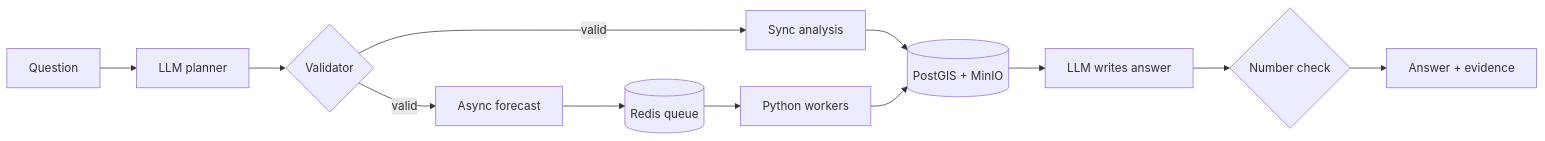
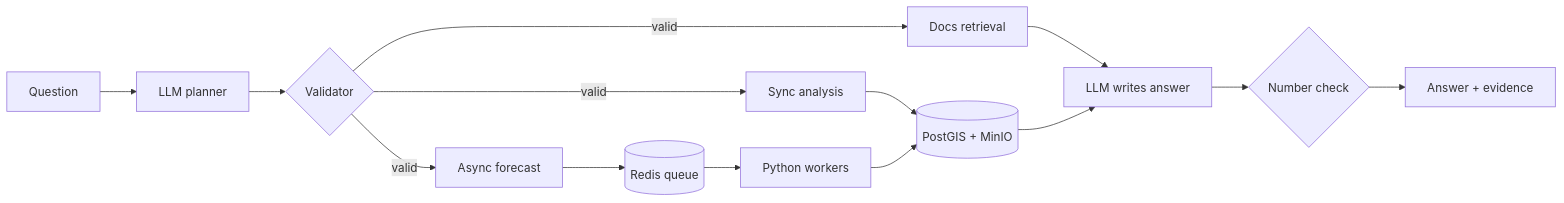
The diagram in README.md (khoahonguyen0210/Earth_intelligence), drawn with Mermaid before and after one commit. The commit also changed other lines of this file and 31 other files, not shown here.

````diff
--- a/README.md
+++ b/README.md
@@ -54,13 +54,15 @@
 ```mermaid
 flowchart LR
     Q[Question] --> P[LLM planner]
     P --> V{Validator}
     V -->|valid| S[Sync analysis]
     V -->|valid| F[Async forecast]
     F --> R[(Redis queue)] --> W[Python workers]
+    V -->|valid| K[Docs retrieval]
     S --> D[(PostGIS + MinIO)]
     W --> D
+    K --> L
     D --> L[LLM writes answer]
     L --> C{Number check}
     C --> A[Answer + evidence]
 ```
````
